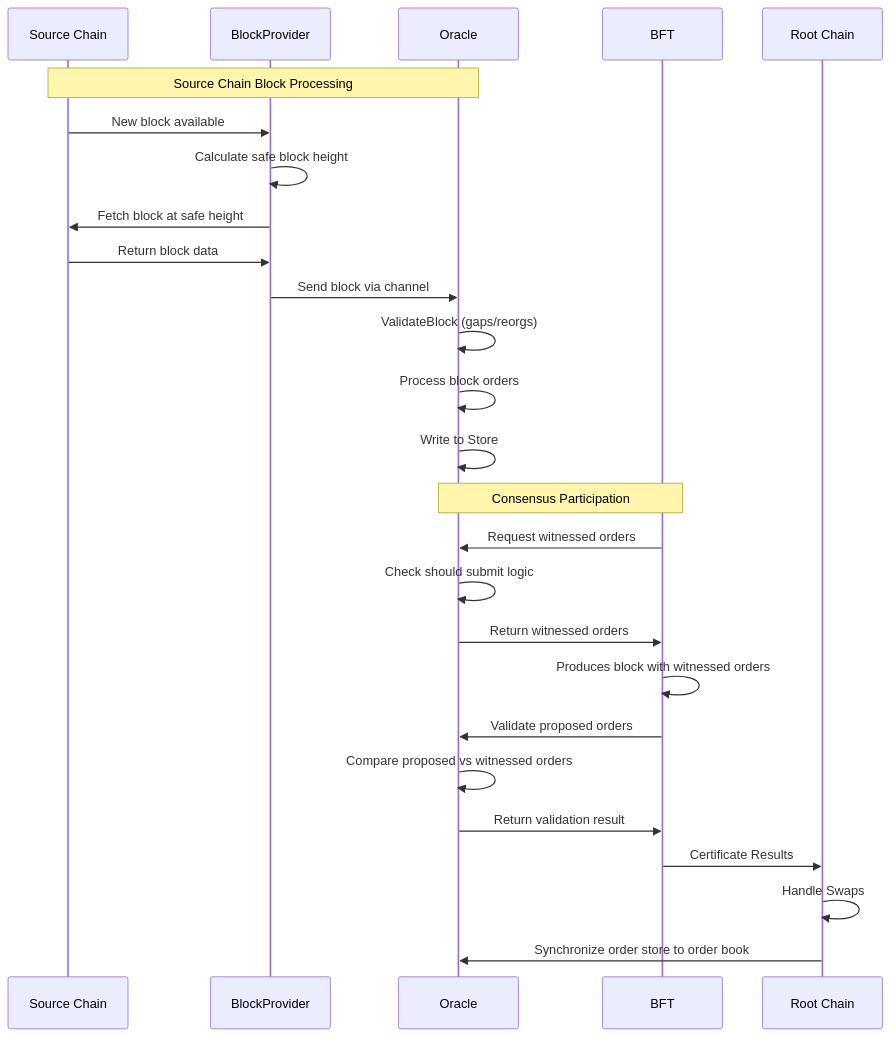
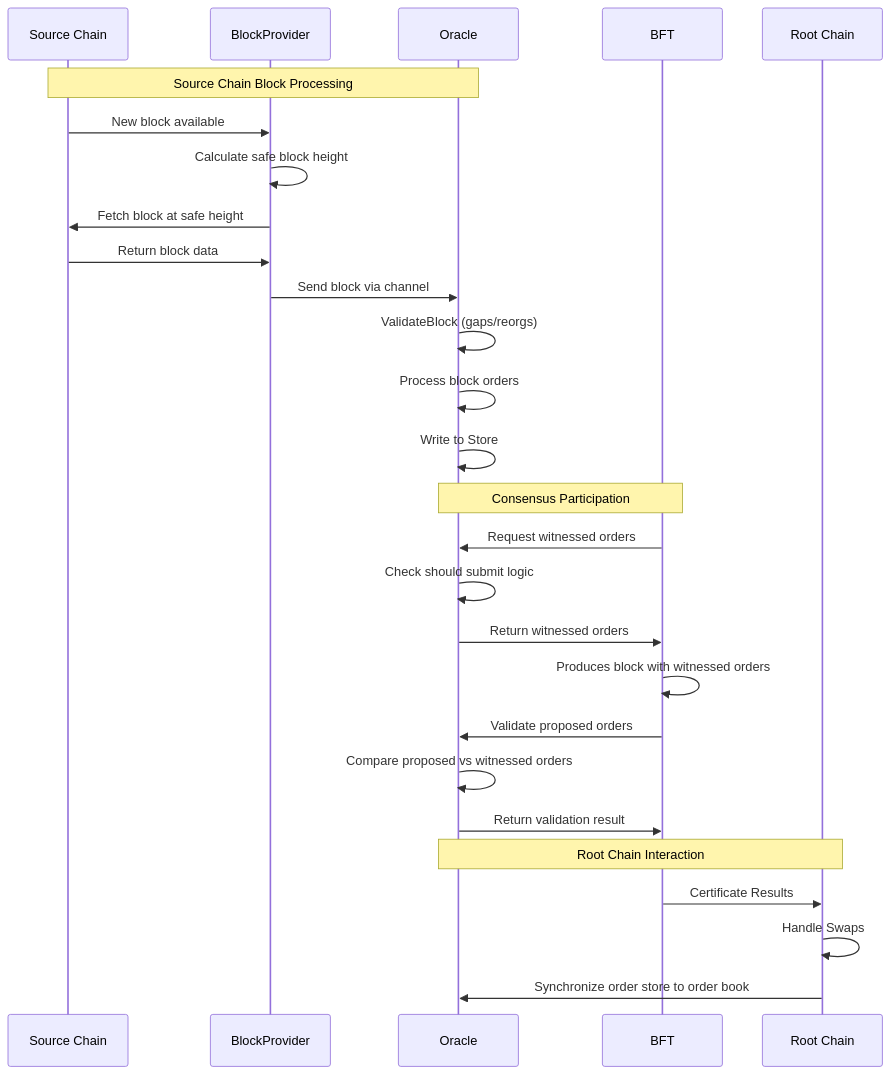
Before and after one commit to canopy-network/canopy: the diagram in cmd/rpc/oracle/ORACLE_FLOW.md, drawn with Mermaid.

````diff
--- a/cmd/rpc/oracle/ORACLE_FLOW.md
+++ b/cmd/rpc/oracle/ORACLE_FLOW.md
@@ -9,38 +9,39 @@
 ```mermaid
 sequenceDiagram
     participant SC as Source Chain
     participant BP as BlockProvider
     participant O as Oracle
     participant BFT as BFT
     participant RC as Root Chain
 
     Note over SC,O: Source Chain Block Processing
     %% Block retrieval and processing
     SC->>BP: New block available
     BP->>BP: Calculate safe block height
     BP->>SC: Fetch block at safe height
     SC->>BP: Return block data
     BP->>O: Send block via channel
     
     %% Oracle block processing
     O->>O: ValidateBlock (gaps/reorgs)
     O->>O: Process block orders
     O->>O: Write to Store
     
     Note over BFT,O: Consensus Participation
     %% BFT consensus integration
     BFT->>O: Request witnessed orders
     O->>O: Check should submit logic
     O->>BFT: Return witnessed orders
     BFT->>BFT: Produces block with witnessed orders
     
     %% Block proposal validation
     BFT->>O: Validate proposed orders
     O->>O: Compare proposed vs witnessed orders
     O->>BFT: Return validation result
     
+    Note over O,RC: Root Chain Interaction
     %% Root Chain interaction
     BFT->>RC: Certificate Results
     RC->>RC: Handle Swaps
     RC->>O: Synchronize order store to order book
 ```
````
